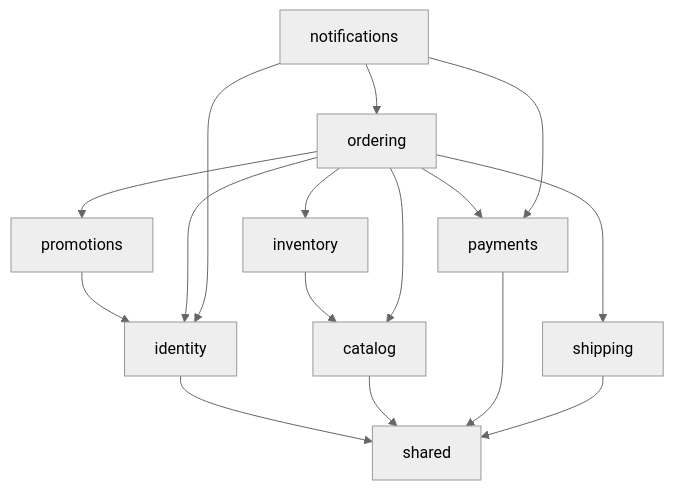
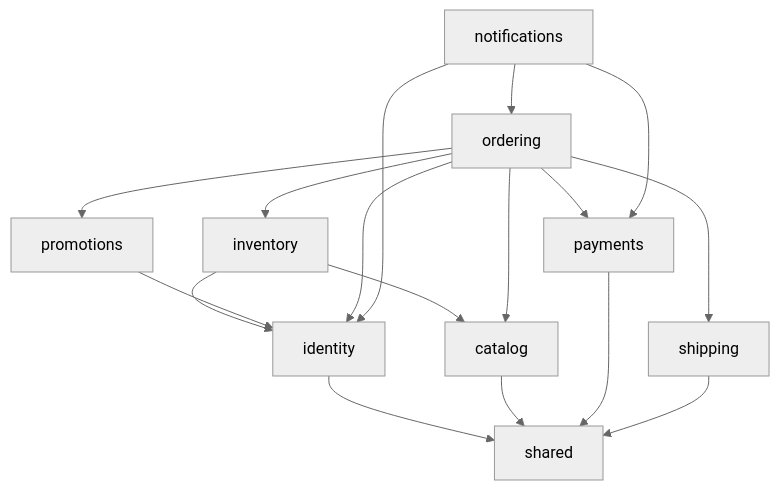
The diagram in docs/architecture/02-backend-structure.md (LuongCongThanh/boilerplate-ecommerce-next-16), drawn with Mermaid (neutral theme) before and after one commit. The commit also changed other lines of this file and 16 other files, not shown here.

First line of the commit message:
docs: fix architecture gaps in locking, idempotency, tasks and API ownership

````diff
--- a/docs/architecture/02-backend-structure.md
+++ b/docs/architecture/02-backend-structure.md
@@ -103,19 +105,20 @@
 ```mermaid
 graph TB
     shared[shared]
     identity[identity] --> shared
     catalog[catalog] --> shared
     inventory[inventory] --> catalog
+    inventory --> identity
     promotions[promotions] --> identity
     payments[payments] --> shared
     shipping[shipping] --> shared
     ordering[ordering] --> inventory
     ordering --> promotions
     ordering --> payments
     ordering --> shipping
     ordering --> identity
     ordering --> catalog
     notifications[notifications] --> ordering
     notifications --> identity
     notifications --> payments
 ```
````
